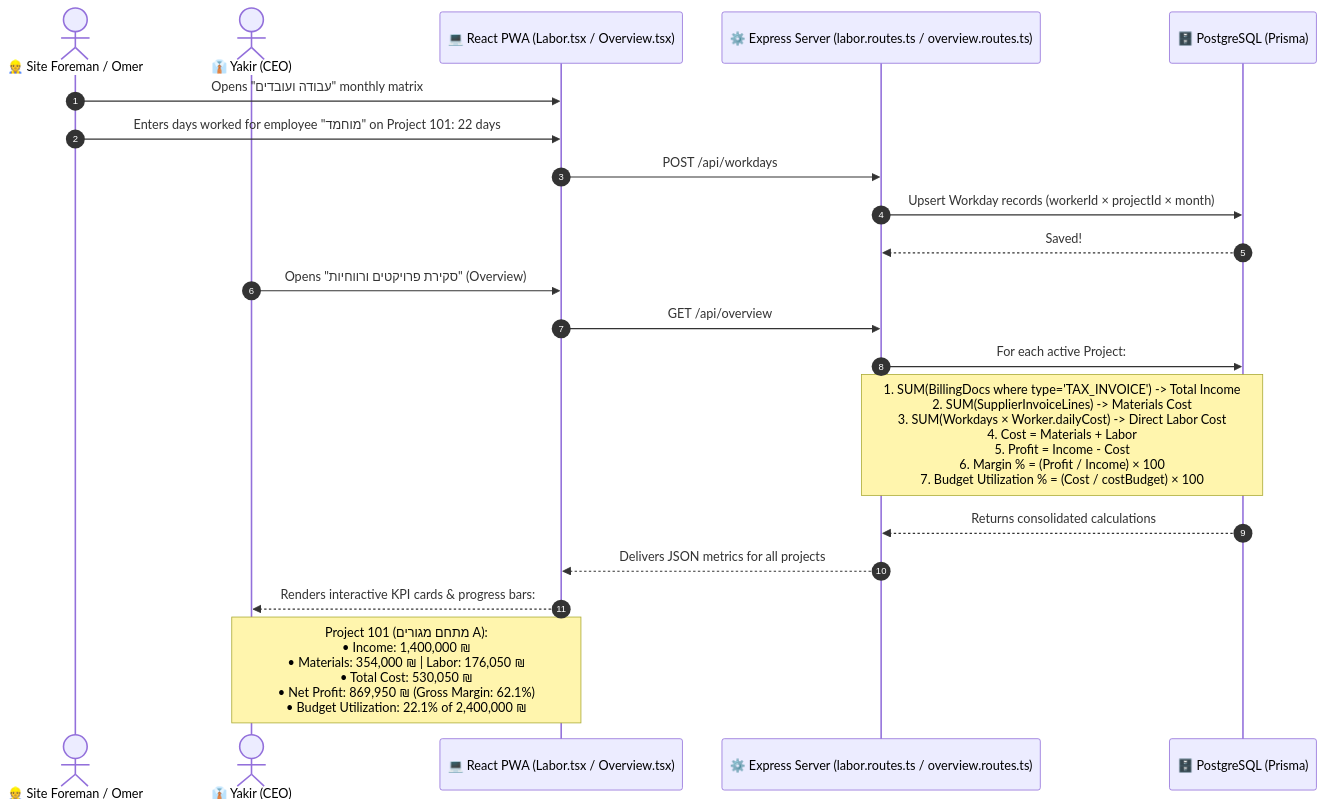
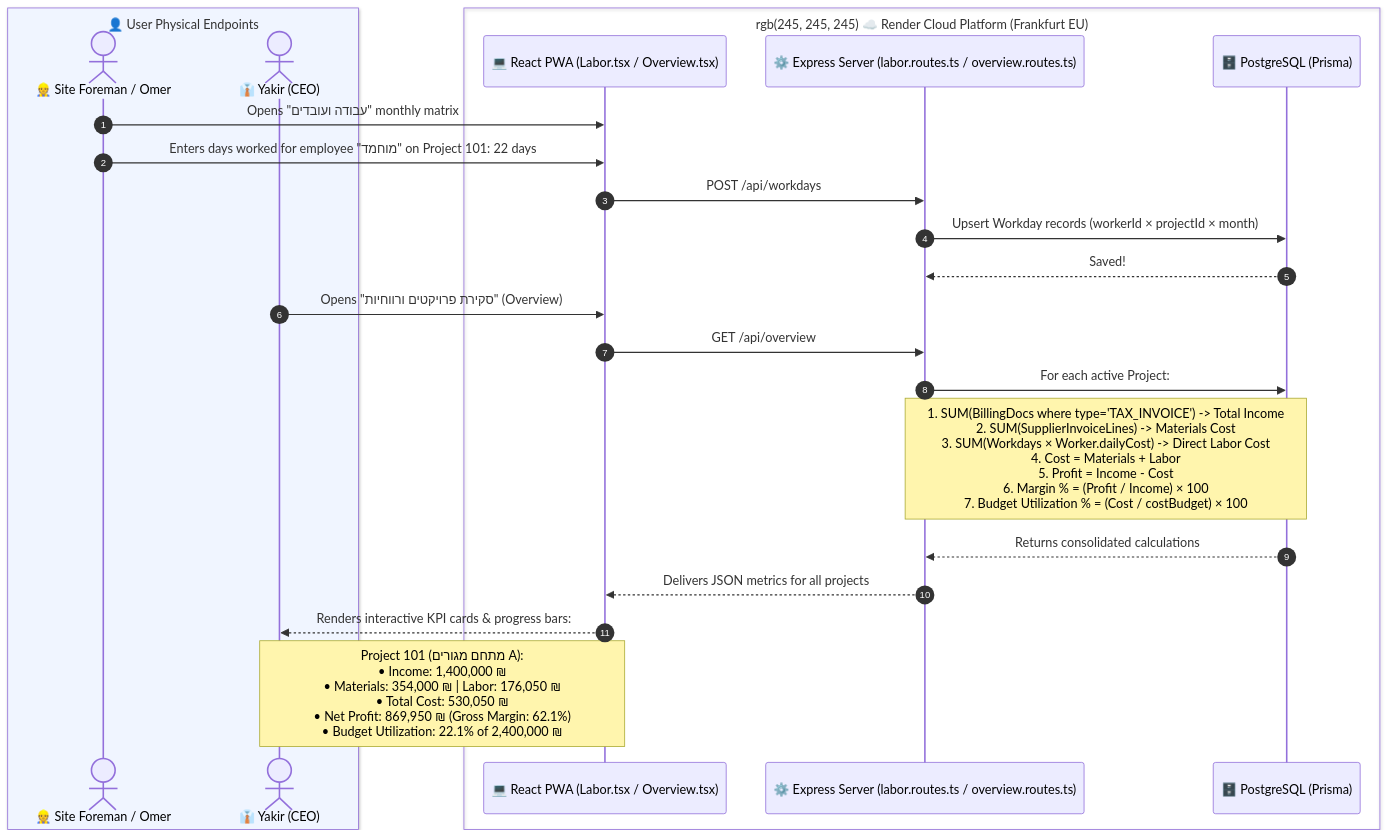
The seventh of 7 diagrams in docs/etaniv.md (Arisamin/YakirErpAssistant), drawn with Mermaid before and after one commit. The commit also changed other lines of this file, not shown here.

Commit message:
docs: add Mermaid box grouping by physical affinity to all 6 sequence diagrams in etaniv.md

````diff
--- a/docs/etaniv.md
+++ b/docs/etaniv.md
@@ -372,27 +408,33 @@
 ```mermaid
 sequenceDiagram
     autonumber
-    actor Foreman as 👷 Site Foreman / Omer
-    actor Yakir as 👔 Yakir (CEO)
-    participant Web as 💻 React PWA (Labor.tsx / Overview.tsx)
-    participant API as ⚙️ Express Server (labor.routes.ts / overview.routes.ts)
-    participant DB as 🗄️ PostgreSQL (Prisma)
+
+    box rgb(240, 245, 255) 👤 User Physical Endpoints
+        actor Foreman as 👷 Site Foreman / Omer
+        actor Yakir as 👔 Yakir (CEO)
+    end
+
+    box rgb(245, 245, 245) ☁️ Render Cloud Platform (Frankfurt EU)
+        participant Web as 💻 React PWA (Labor.tsx / Overview.tsx)
+        participant API as ⚙️ Express Server (labor.routes.ts / overview.routes.ts)
+        participant DB as 🗄️ PostgreSQL (Prisma)
+    end
 
     %% Step 1: Logging Labor Hours
     Foreman->>Web: Opens "עבודה ועובדים" monthly matrix
     Foreman->>Web: Enters days worked for employee "מוחמד" on Project 101: 22 days
     Web->>API: POST /api/workdays
     API->>DB: Upsert Workday records (workerId × projectId × month)
     DB-->>API: Saved!
 
     %% Step 2: Real-Time Profitability Computation
     Yakir->>Web: Opens "סקירת פרויקטים ורווחיות" (Overview)
     Web->>API: GET /api/overview
     API->>DB: For each active Project:
     Note over API, DB: 1. SUM(BillingDocs where type='TAX_INVOICE') -> Total Income<br/>2. SUM(SupplierInvoiceLines) -> Materials Cost<br/>3. SUM(Workdays × Worker.dailyCost) -> Direct Labor Cost<br/>4. Cost = Materials + Labor<br/>5. Profit = Income - Cost<br/>6. Margin % = (Profit / Income) × 100<br/>7. Budget Utilization % = (Cost / costBudget) × 100
     DB-->>API: Returns consolidated calculations
     API-->>Web: Delivers JSON metrics for all projects
 
     Web-->>Yakir: Renders interactive KPI cards & progress bars:
     Note over Web, Yakir: Project 101 (מתחם מגורים A):<br/>• Income: 1,400,000 ₪<br/>• Materials: 354,000 ₪ | Labor: 176,050 ₪<br/>• Total Cost: 530,050 ₪<br/>• Net Profit: 869,950 ₪ (Gross Margin: 62.1%)<br/>• Budget Utilization: 22.1% of 2,400,000 ₪
 ```
````
